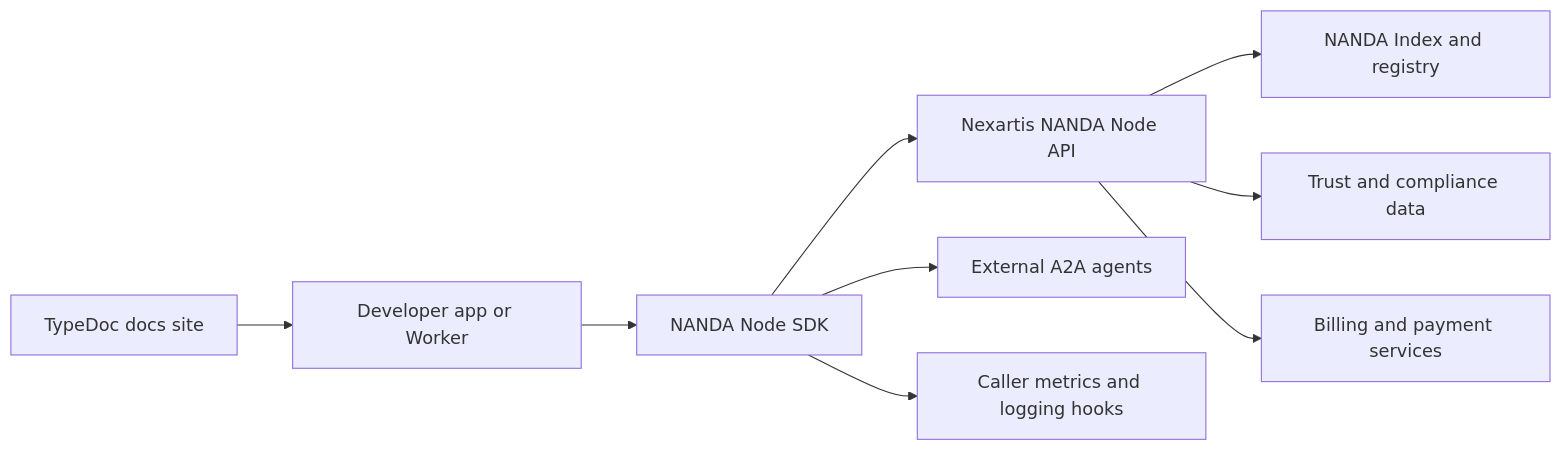
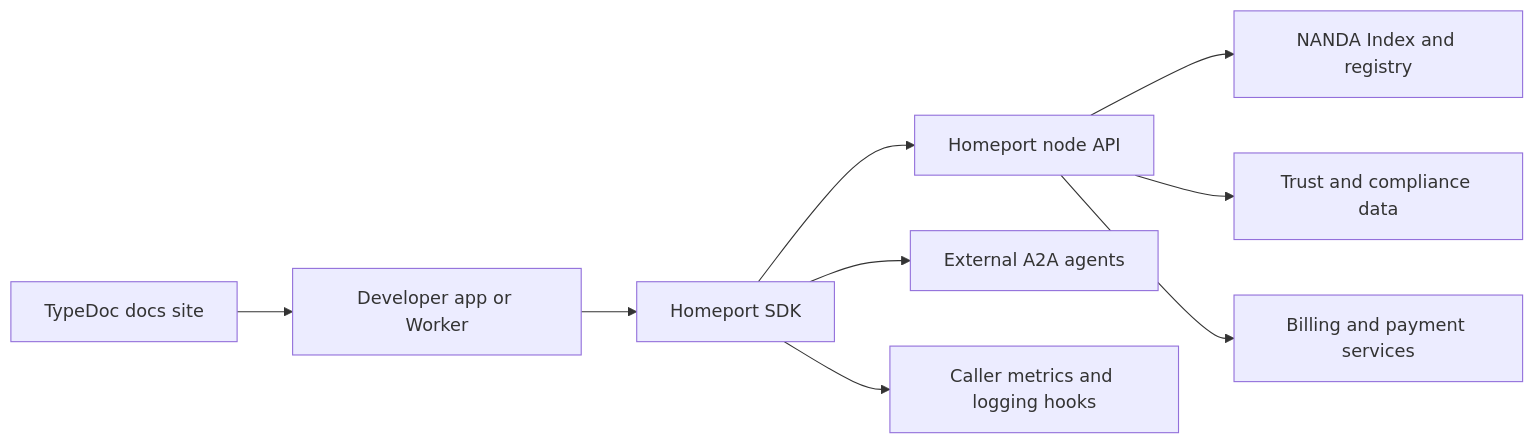
One commit to Nexartis/homeport-sdk changed the first of 3 diagrams in docs/PRODUCT_ARCHITECTURE.md. Above: the diagram before and after it, drawn with Mermaid. The commit also changed other lines of this file and 78 other files, not shown here.

First line of the commit message:
feat!: rebrand to @nexartis/homeport-sdk 1.0.0 — the Homeport SDK

````diff
--- a/docs/PRODUCT_ARCHITECTURE.md
+++ b/docs/PRODUCT_ARCHITECTURE.md
@@ -37,11 +37,11 @@
 ```mermaid
 flowchart LR
-  Developer[Developer app or Worker] --> SDK[NANDA Node SDK]
-  SDK --> Node[Nexartis NANDA Node API]
+  Developer[Developer app or Worker] --> SDK[Homeport SDK]
+  SDK --> Node[Homeport node API]
   SDK --> A2A[External A2A agents]
   SDK --> Hooks[Caller metrics and logging hooks]
   Node --> Index[NANDA Index and registry]
   Node --> Trust[Trust and compliance data]
   Node --> Billing[Billing and payment services]
   Docs[TypeDoc docs site] --> Developer
 ```
````
